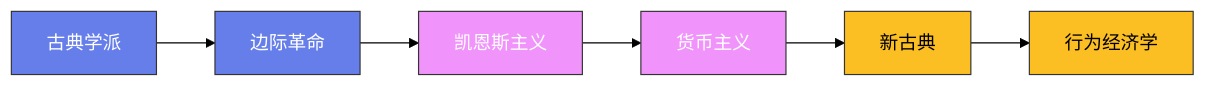
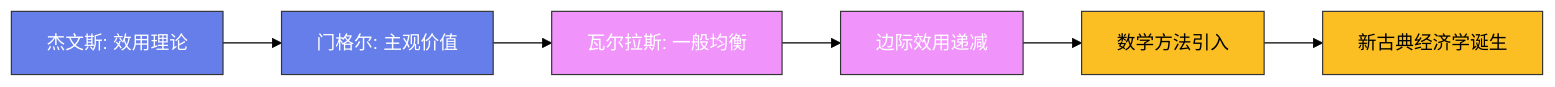
The diagram in content/posts/ModelCreate/经济学与金融/03-边际革命.md (Fengur/Fengur.github.io), drawn with Mermaid (forest theme) before and after one commit. The commit also changed 118 other files, not shown here.

````diff
--- a/content/posts/ModelCreate/经济学与金融/03-边际革命.md
+++ b/content/posts/ModelCreate/经济学与金融/03-边际革命.md
@@ -73,16 +73,16 @@
 ```mermaid
 graph LR
-    A["古典学派"] --> B["边际革命"]
-    B --> C["凯恩斯主义"]
-    C --> D["货币主义"]
-    D --> E["新古典"]
-    E --> F["行为经济学"]
+    A["杰文斯: 效用理论"] --> B["门格尔: 主观价值"]
+    B --> C["瓦尔拉斯: 一般均衡"]
+    C --> D["边际效用递减"]
+    D --> E["数学方法引入"]
+    E --> F["新古典经济学诞生"]
 
     classDef early fill:#667eea,stroke:#333,color:white
     classDef mid fill:#f093fb,stroke:#333,color:white
     classDef modern fill:#fbbf24,stroke:#333,color:black
 
     class A,B early
     class C,D mid
     class E,F modern
 ```
````
